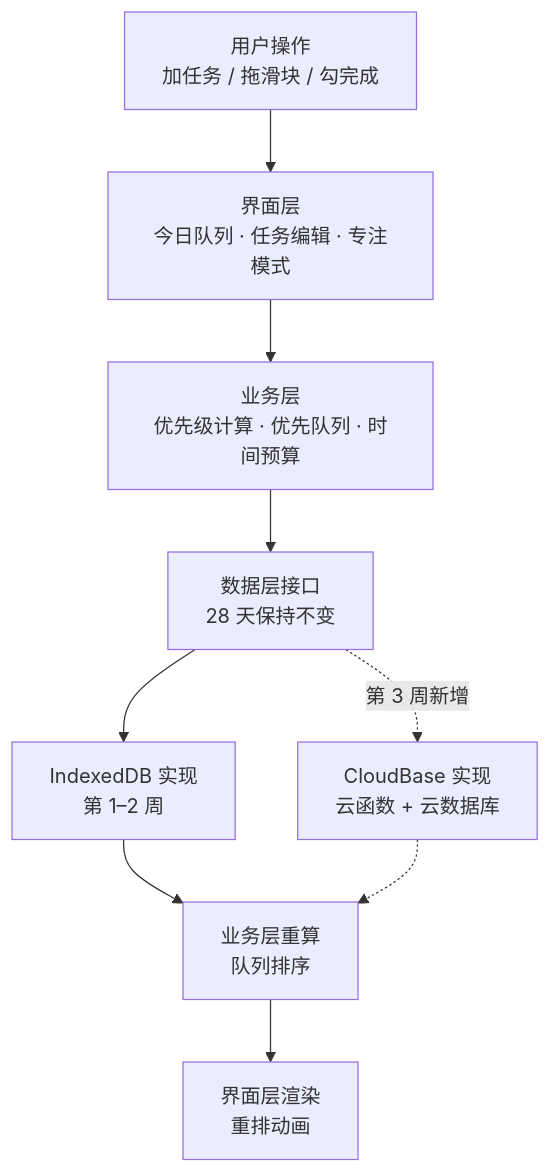
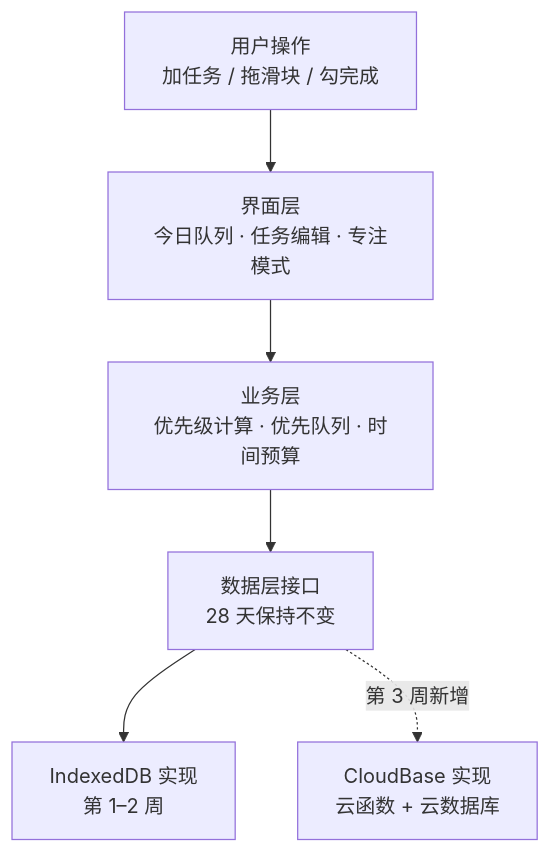
The diagram in TECH_DESIGN.md (XingHo-VibeCoding/PriorKnow), drawn with Mermaid before and after one commit. The commit also changed other lines of this file, not shown here.

Commit message:
Day 5｜修复数据流图 mermaid 渲染失败
改了什么：TECH_DESIGN.md 第七节数据流图 —— 去掉回边（存储到业务层重算再到界面渲染），改为单向无环图；回程改用文字说明
加了什么：图下补「画图备注」，记录 GitHub 报错 Could not find a suitable point for the given distance 的原因与修法

````diff
--- a/TECH_DESIGN.md
+++ b/TECH_DESIGN.md
@@ -195,11 +195,8 @@
 ```mermaid
 flowchart TD
     U["用户操作<br/>加任务 / 拖滑块 / 勾完成"] --> UI["界面层<br/>今日队列 · 任务编辑 · 专注模式"]
     UI --> BIZ["业务层<br/>优先级计算 · 优先队列 · 时间预算"]
     BIZ --> IFACE["数据层接口<br/>28 天保持不变"]
     IFACE --> IDB["IndexedDB 实现<br/>第 1–2 周"]
     IFACE -.->|第 3 周新增| CB["CloudBase 实现<br/>云函数 + 云数据库"]
-    IDB --> BIZ2["业务层重算<br/>队列排序"]
-    CB -.-> BIZ2
-    BIZ2 --> UI2["界面层渲染<br/>重排动画"]
 ```
````
